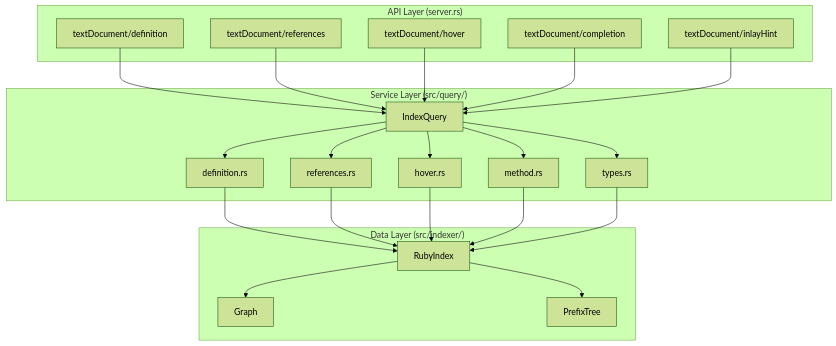
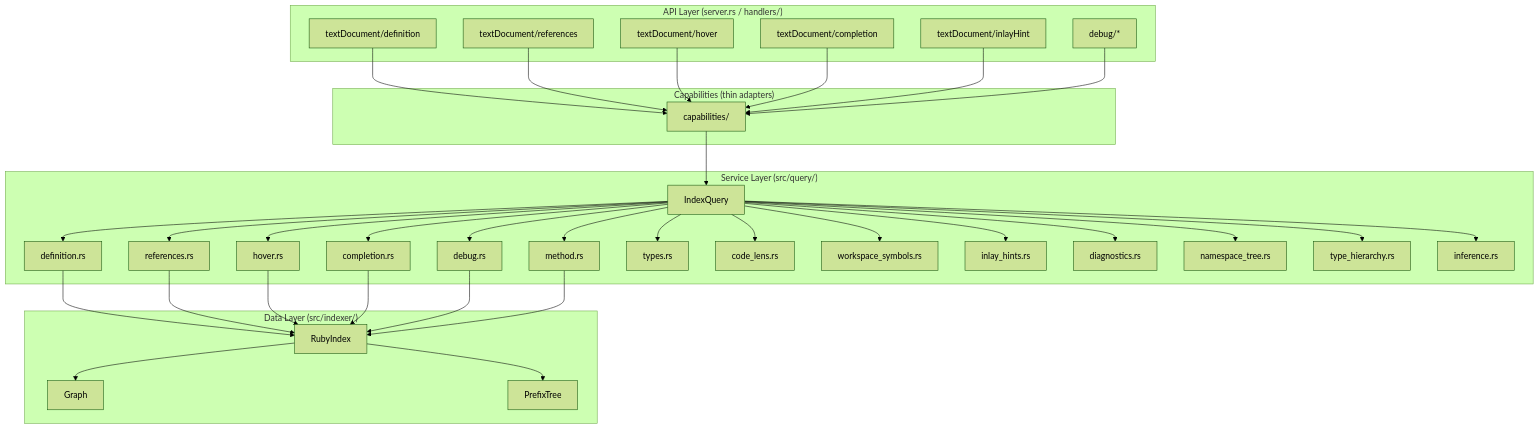
The first of 2 diagrams in .ai/specs/query-engine/design.md (rajnaveen344/ruby-fast-lsp), drawn with Mermaid (forest theme) before and after one commit. The commit also changed other lines of this file and 24 other files, not shown here.

First line of the commit message:
feat: Migrate completion and debug to query layer with updated docs

````diff
--- a/.ai/specs/query-engine/design.md
+++ b/.ai/specs/query-engine/design.md
@@ -9,46 +9,73 @@
 ```mermaid
 graph TB
-    subgraph "API Layer (server.rs)"
+    subgraph "API Layer (server.rs / handlers/)"
         TD[textDocument/definition]
         TR[textDocument/references]
         TH[textDocument/hover]
         TC[textDocument/completion]
         TI[textDocument/inlayHint]
+        TDB[debug/*]
     end
-    
+
+    subgraph "Capabilities (thin adapters)"
+        CAP[capabilities/]
+    end
+
     subgraph "Service Layer (src/query/)"
         IQ[IndexQuery]
         DEF[definition.rs]
         REF[references.rs]
         HOV[hover.rs]
+        COMP[completion.rs]
+        DBG[debug.rs]
         METH[method.rs]
         TYPES[types.rs]
+        CL[code_lens.rs]
+        WS[workspace_symbols.rs]
+        IH[inlay_hints.rs]
+        DIAG[diagnostics.rs]
+        NS[namespace_tree.rs]
+        TH2[type_hierarchy.rs]
+        INF[inference.rs]
     end
-    
+
     subgraph "Data Layer (src/indexer/)"
         IDX[RubyIndex]
         GRAPH[Graph]
         PT[PrefixTree]
     end
-    
-    TD --> IQ
-    TR --> IQ
-    TH --> IQ
-    TC --> IQ
-    TI --> IQ
-    
+
+    TD --> CAP
+    TR --> CAP
+    TH --> CAP
+    TC --> CAP
+    TI --> CAP
+    TDB --> CAP
+
+    CAP --> IQ
+
     IQ --> DEF
     IQ --> REF
     IQ --> HOV
+    IQ --> COMP
+    IQ --> DBG
     IQ --> METH
     IQ --> TYPES
-    
+    IQ --> CL
+    IQ --> WS
+    IQ --> IH
+    IQ --> DIAG
+    IQ --> NS
+    IQ --> TH2
+    IQ --> INF
+
     DEF --> IDX
     REF --> IDX
     HOV --> IDX
+    COMP --> IDX
+    DBG --> IDX
     METH --> IDX
-    TYPES --> IDX
-    
+
     IDX --> GRAPH
     IDX --> PT
 ```
````
